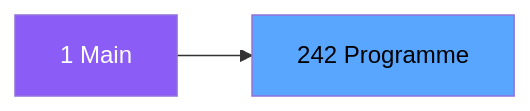
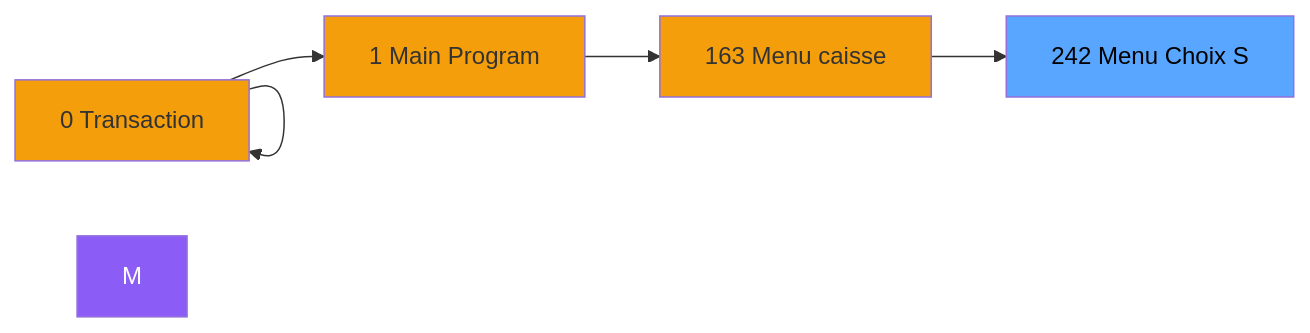
One commit to thonyAGP/magic-migration changed the second of 3 diagrams in .openspec/specs/ADH-IDE-242.md. Above: the diagram before and after it, drawn with Mermaid. The commit also changed other lines of this file and 323 other files, not shown here.

````diff
--- a/.openspec/specs/ADH-IDE-242.md
+++ b/.openspec/specs/ADH-IDE-242.md
@@ -102,8 +128,21 @@
 ```mermaid
 graph LR
-    M[1 Main]
-    T[242 Programme]
-    M --> T
+    N0[0 Transaction ]
+    N0[0 Transaction ]
+    N0[0 Transaction ]
+    N1[1 Main Program]
+    N163[163 Menu caisse ]
+    T[242 Menu Choix S]
+    N0 --> N0
+    N0 --> N0
+    N0 --> N1
+    N1 --> N163
+    N163 --> T
     style M fill:#8b5cf6,color:#fff
+    style N0 fill:#f59e0b
+    style N0 fill:#f59e0b
+    style N0 fill:#f59e0b
+    style N1 fill:#f59e0b
+    style N163 fill:#f59e0b
     style T fill:#58a6ff,color:#000
 ```
````
